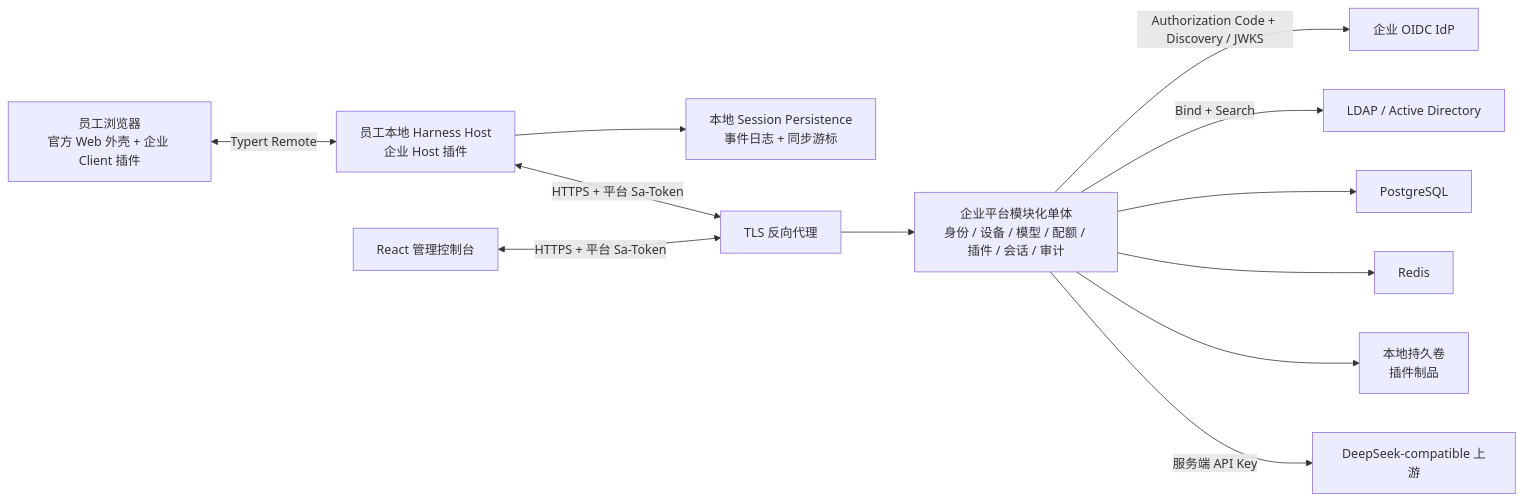
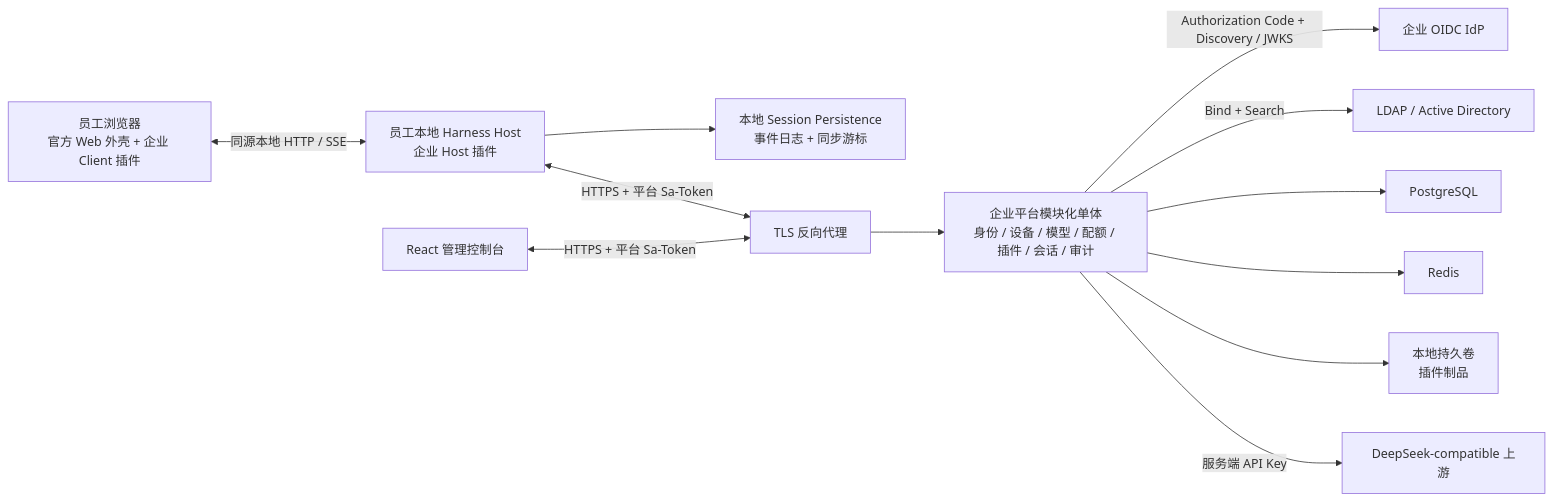
The first of 2 diagrams in docs/enterprise-agent-governance-mvp-design.md (boe1900/owndsh), drawn with Mermaid before and after one commit. The commit also changed other lines of this file and 56 other files, not shown here.

````diff
--- a/docs/enterprise-agent-governance-mvp-design.md
+++ b/docs/enterprise-agent-governance-mvp-design.md
@@ -134,27 +134,27 @@
 ```mermaid
 flowchart LR
   employee["员工浏览器<br/>官方 Web 外壳 + 企业 Client 插件"]
   host["员工本地 Harness Host<br/>企业 Host 插件"]
   local["本地 Session Persistence<br/>事件日志 + 同步游标"]
   proxy["TLS 反向代理"]
   server["企业平台模块化单体<br/>身份 / 设备 / 模型 / 配额 / 插件 / 会话 / 审计"]
   admin["React 管理控制台"]
   oidc["企业 OIDC IdP"]
   ldap["LDAP / Active Directory"]
   postgres["PostgreSQL"]
   redis["Redis"]
   artifact["本地持久卷<br/>插件制品"]
   upstream["DeepSeek-compatible 上游"]
 
-  employee <-->|"Typert Remote"| host
+  employee <-->|"同源本地 HTTP / SSE"| host
   host --> local
   host <-->|"HTTPS + 平台 Sa-Token"| proxy
   admin <-->|"HTTPS + 平台 Sa-Token"| proxy
   proxy --> server
   server -->|"Authorization Code + Discovery / JWKS"| oidc
   server -->|"Bind + Search"| ldap
   server --> postgres
   server --> redis
   server --> artifact
   server -->|"服务端 API Key"| upstream
 ```
````
